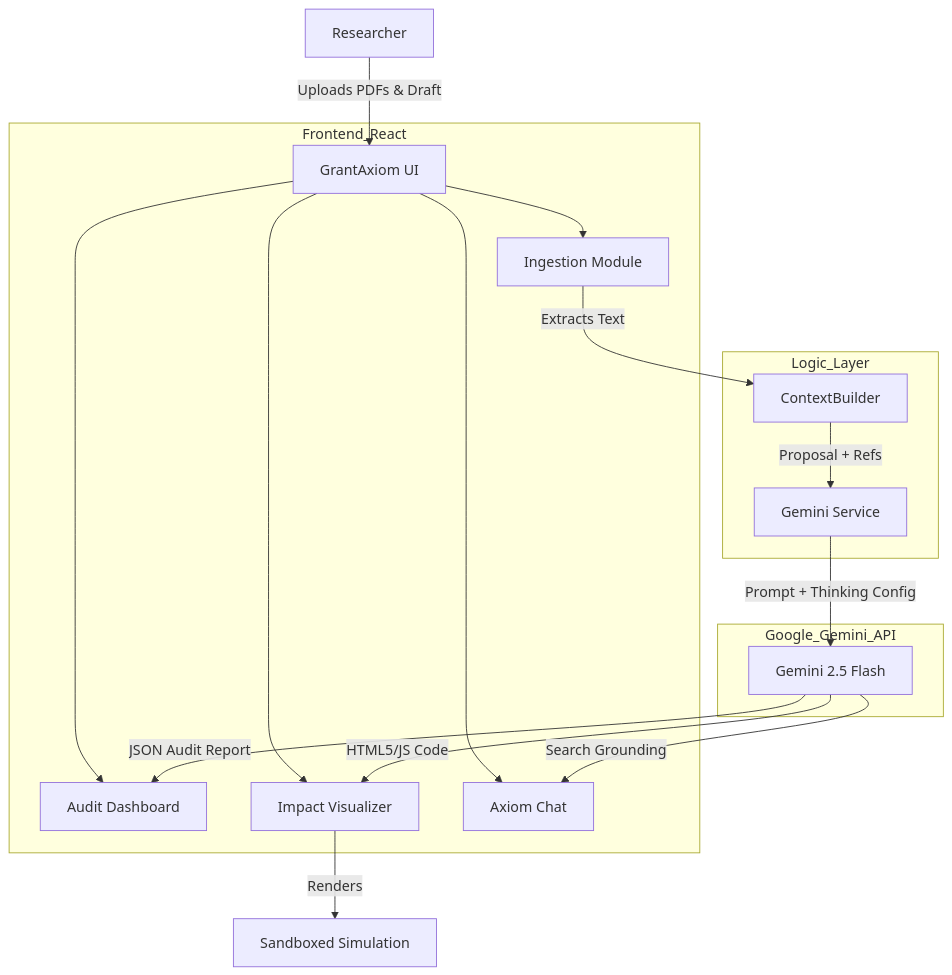
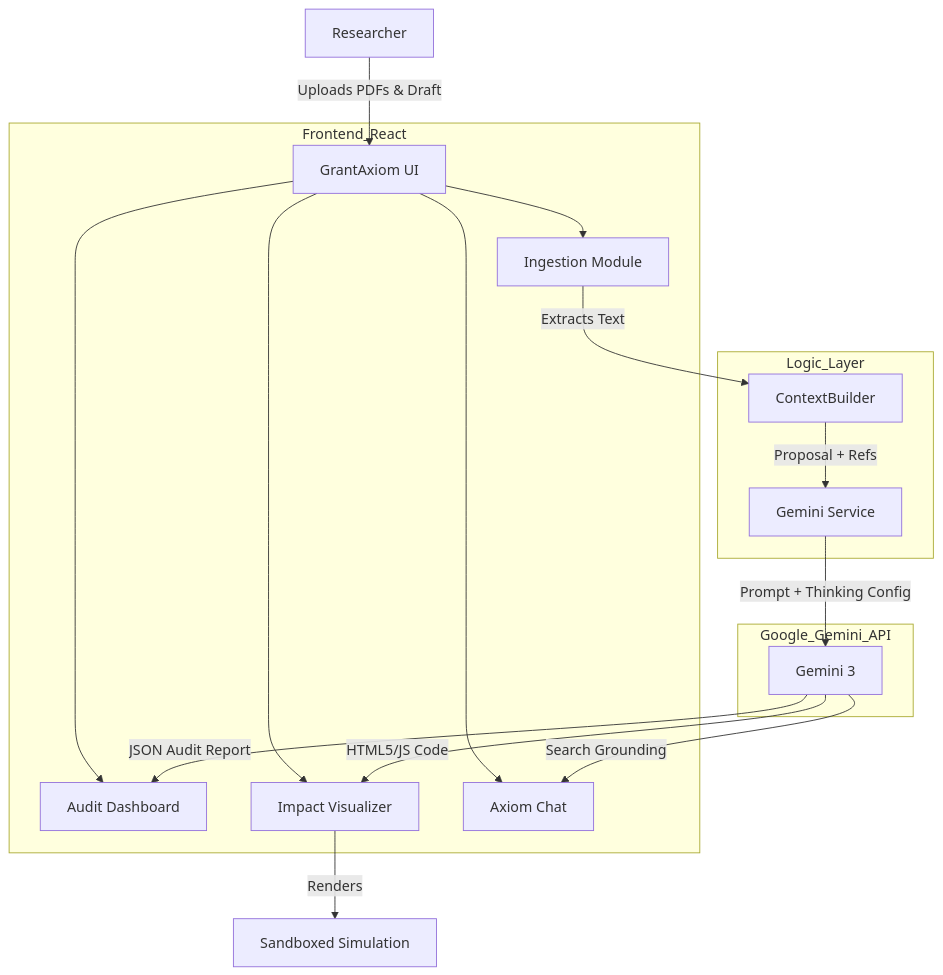
One commit to Prasannaverse13/GrantAxiom changed the diagram in README.md. Above: the diagram before and after it, drawn with Mermaid. The commit also changed other lines of this file, not shown here.

````diff
--- a/README.md
+++ b/README.md
@@ -56,25 +56,25 @@
 ```mermaid
 graph TD
     User[Researcher] -->|Uploads PDFs & Draft| UI[GrantAxiom UI]
     
     subgraph Frontend_React
         UI --> Ingestion[Ingestion Module]
         UI --> Dashboard[Audit Dashboard]
         UI --> Visualizer[Impact Visualizer]
         UI --> Chat[Axiom Chat]
     end
 
     subgraph Logic_Layer
         Ingestion -->|Extracts Text| ContextBuilder
         ContextBuilder -->|Proposal + Refs| Service[Gemini Service]
     end
 
     subgraph Google_Gemini_API
-        Service -->|Prompt + Thinking Config| GemFlash[Gemini 2.5 Flash]
+        Service -->|Prompt + Thinking Config| GemFlash[Gemini 3]
         GemFlash -->|JSON Audit Report| Dashboard
         GemFlash -->|HTML5/JS Code| Visualizer
         GemFlash -->|Search Grounding| Chat
     end
 
     Visualizer -->|Renders| IFrame[Sandboxed Simulation]
 ```
````
